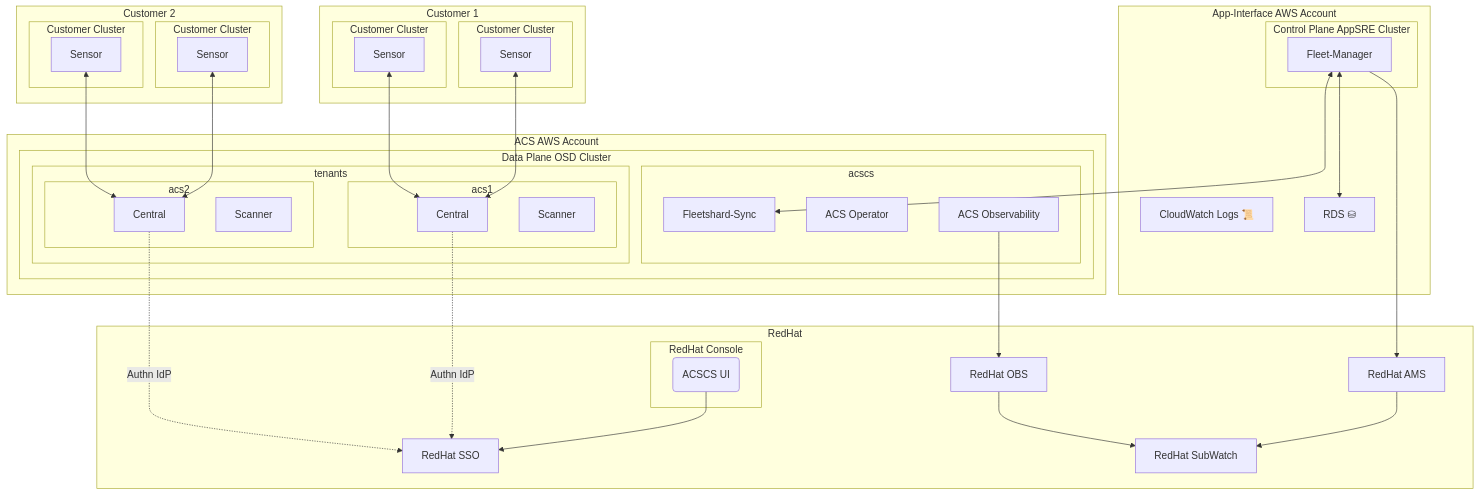
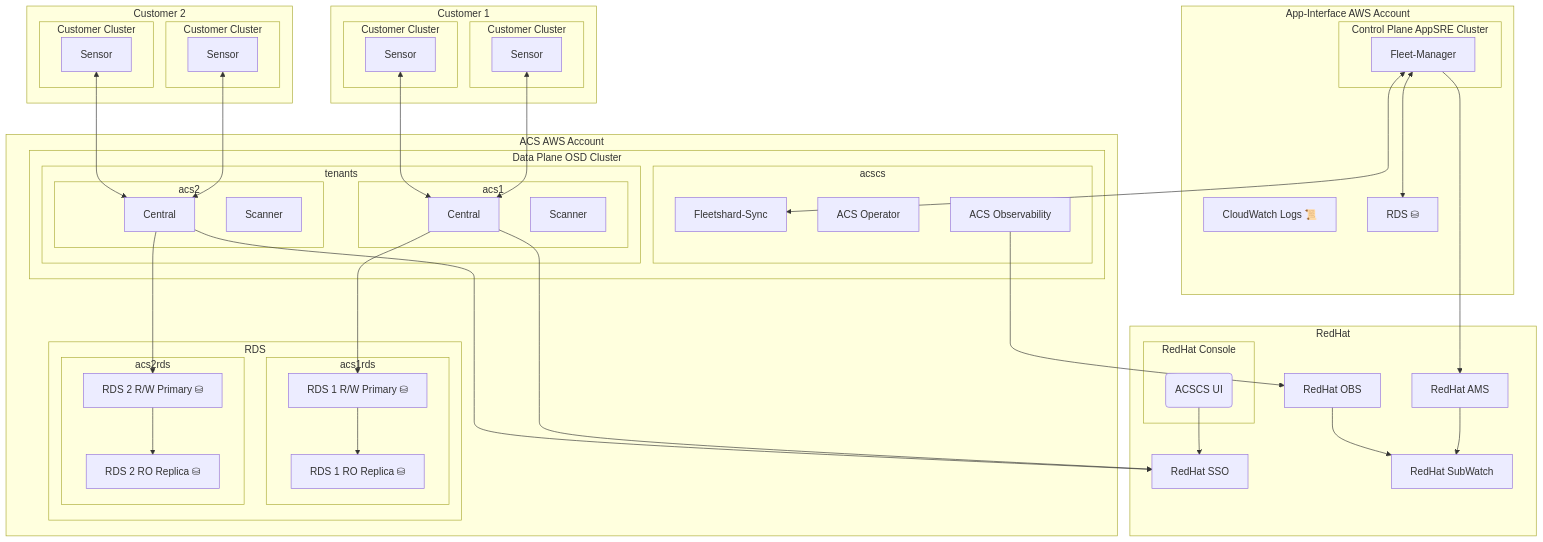
One commit to stackrox/acs-fleet-manager changed the diagram in docs/architecture/images/acscs_architecture.md. Above: the diagram before and after it, drawn with Mermaid.

```diff
--- a/docs/architecture/images/acscs_architecture.md
+++ b/docs/architecture/images/acscs_architecture.md
@@ -27,6 +27,20 @@
     end
 
     subgraph acsaws[ACS AWS Account]
+        subgraph RDS
+            subgraph acs1rds
+                acs1rdsp["RDS 1 R/W Primary ⛁"]
+                acs1rdss["RDS 1 RO Replica ⛁"]
+                acs1rdsp-->acs1rdss
+            end
+
+            subgraph acs2rds
+                acs2rdsp["RDS 2 R/W Primary ⛁"]
+                acs2rdss["RDS 2 RO Replica ⛁"]
+                acs2rdsp-->acs2rdss
+            end
+        end
+
         subgraph Data Plane OSD Cluster
             
             subgraph tenants
@@ -46,8 +60,10 @@
             end
 
             fm<-->fs
-            acs1central-.Authn IdP.->sso
-            acs2central-.Authn IdP.->sso
+            acs1central-->sso
+            acs1central-->acs1rdsp
+            acs2central-->sso
+            acs2central-->acs2rdsp
         end
     end
 
```
